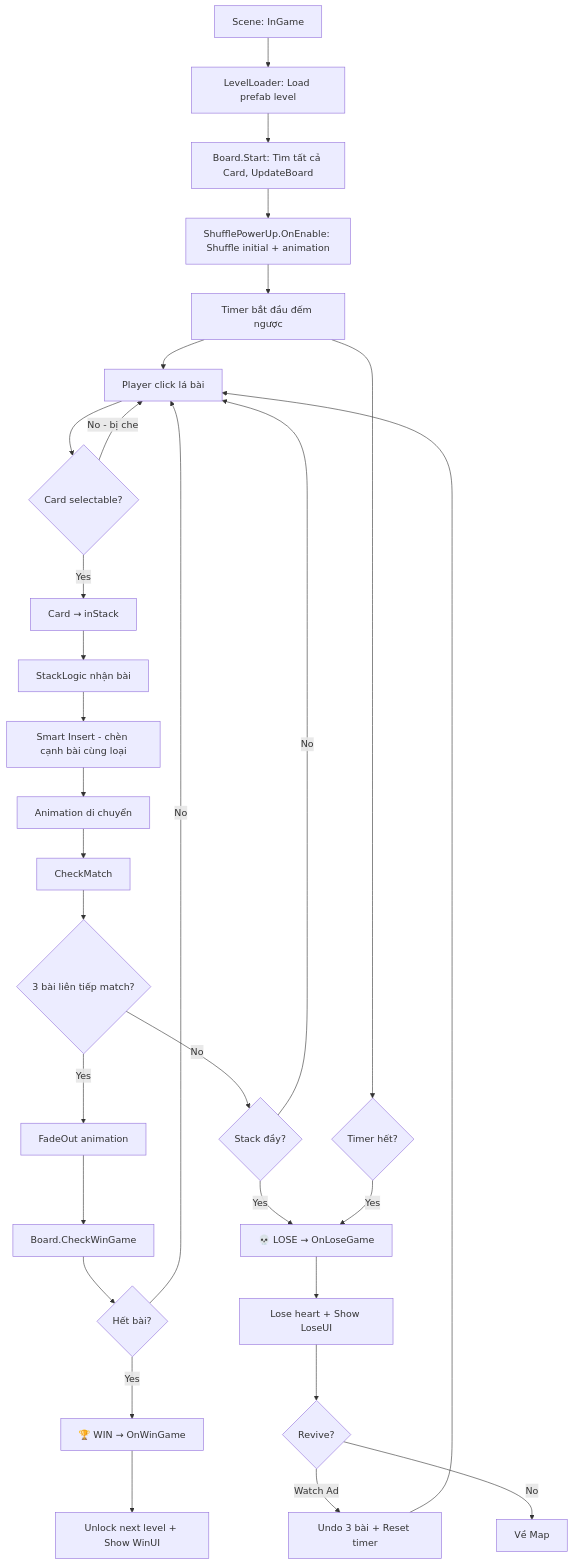
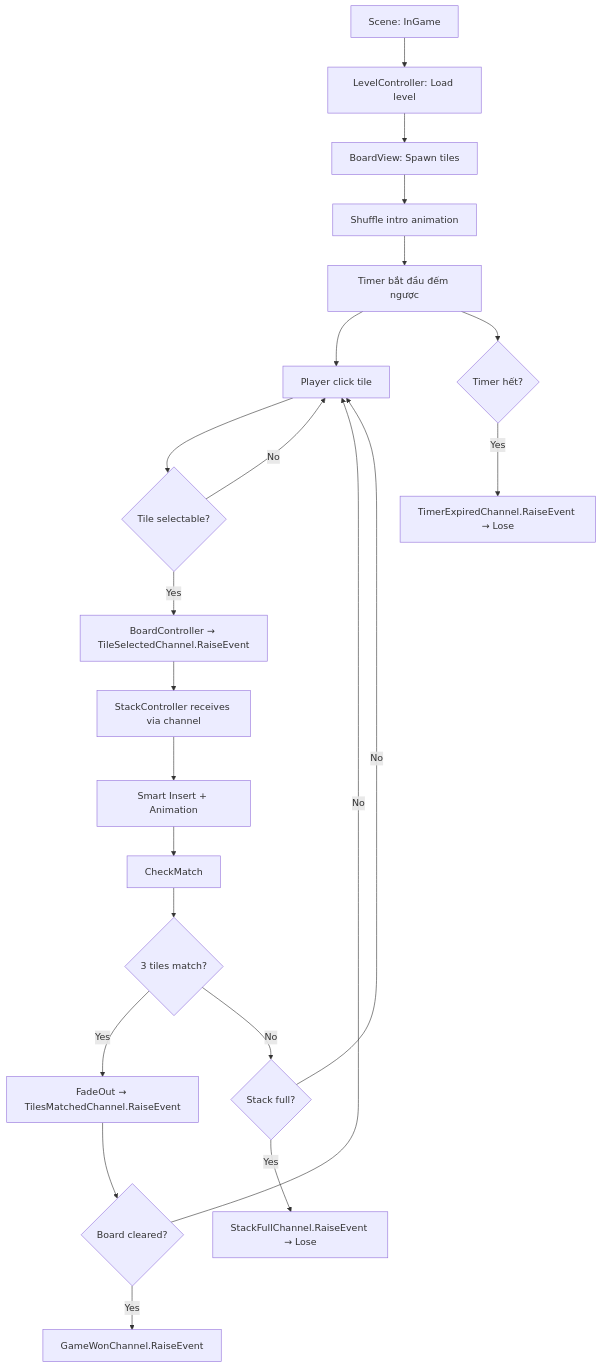
Before and after one commit to gcc-dtung/Pirate-Tiles: the second of 4 diagrams in Assets/Documents/DOCS_PROJECT_STRUCTURE.md, drawn with Mermaid. The commit also changed other lines of this file and 6 other files, not shown here.

````diff
--- a/Assets/Documents/DOCS_PROJECT_STRUCTURE.md
+++ b/Assets/Documents/DOCS_PROJECT_STRUCTURE.md
@@ -661,37 +277,28 @@
 ```mermaid
 graph TD
-    A[Scene: InGame] --> B[LevelLoader: Load prefab level]
-    B --> C[Board.Start: Tìm tất cả Card, UpdateBoard]
-    C --> D[ShufflePowerUp.OnEnable: Shuffle initial + animation]
+    A[Scene: InGame] --> B[LevelController: Load level]
+    B --> C[BoardView: Spawn tiles]
+    C --> D[Shuffle intro animation]
     D --> E[Timer bắt đầu đếm ngược]
-    
-    E --> F[Player click lá bài]
-    F --> G{Card selectable?}
-    G -->|No - bị che| F
-    G -->|Yes| H[Card → inStack]
-    H --> I[StackLogic nhận bài]
-    I --> J[Smart Insert - chèn cạnh bài cùng loại]
-    J --> K[Animation di chuyển]
-    K --> L[CheckMatch]
-    
-    L --> M{3 bài liên tiếp match?}
-    M -->|Yes| N[FadeOut animation]
-    N --> O[Board.CheckWinGame]
-    O --> P{Hết bài?}
-    P -->|Yes| Q[🏆 WIN → OnWinGame]
+
+    E --> F[Player click tile]
+    F --> G{Tile selectable?}
+    G -->|No| F
+    G -->|Yes| H[BoardController → TileSelectedChannel.RaiseEvent]
+    H --> I[StackController receives via channel]
+    I --> J[Smart Insert + Animation]
+    J --> K[CheckMatch]
+
+    K --> L{3 tiles match?}
+    L -->|Yes| M[FadeOut → TilesMatchedChannel.RaiseEvent]
+    M --> N{Board cleared?}
+    N -->|Yes| O[GameWonChannel.RaiseEvent]
+    N -->|No| F
+
+    L -->|No| P{Stack full?}
+    P -->|Yes| Q[StackFullChannel.RaiseEvent → Lose]
     P -->|No| F
-    
-    M -->|No| R{Stack đầy?}
-    R -->|Yes| S[💀 LOSE → OnLoseGame]
-    R -->|No| F
-    
-    E --> T{Timer hết?}
-    T -->|Yes| S
-    
-    Q --> U[Unlock next level + Show WinUI]
-    S --> V[Lose heart + Show LoseUI]
-    V --> W{Revive?}
-    W -->|Watch Ad| X[Undo 3 bài + Reset timer]
-    X --> F
-    W -->|No| Y[Về Map]
+
+    E --> R{Timer hết?}
+    R -->|Yes| S[TimerExpiredChannel.RaiseEvent → Lose]
 ```
````
